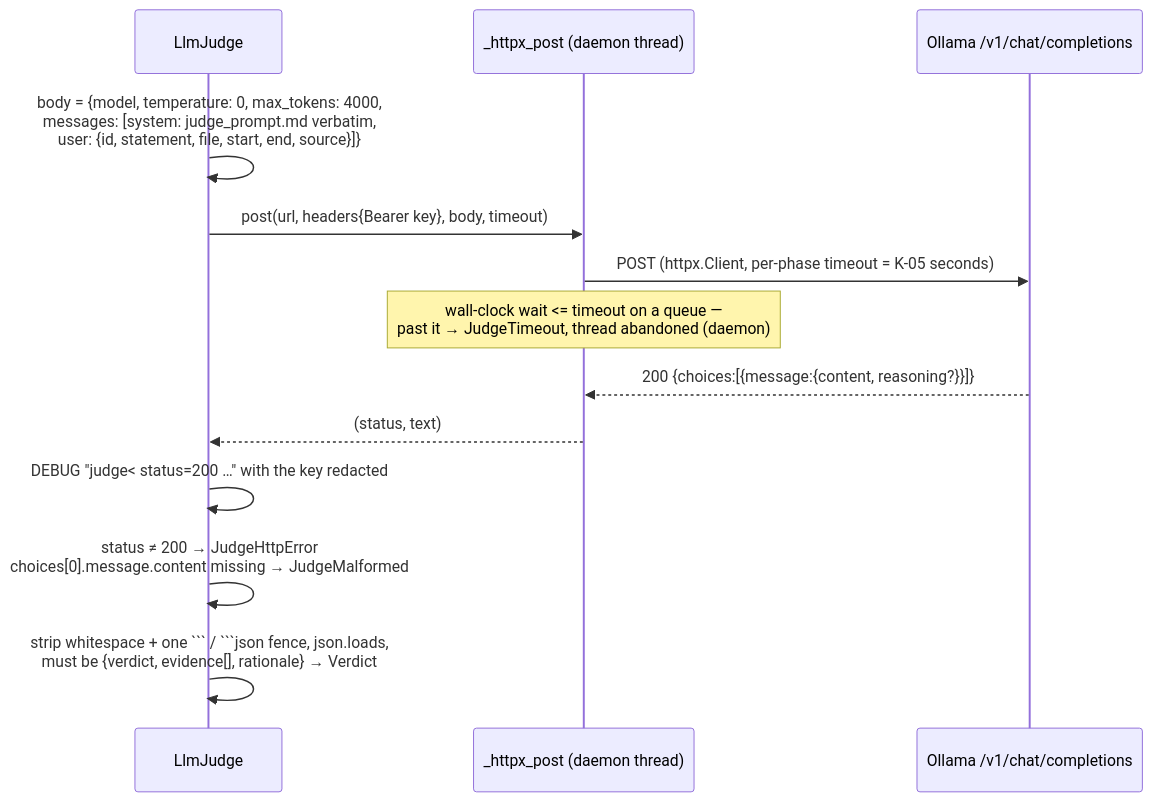
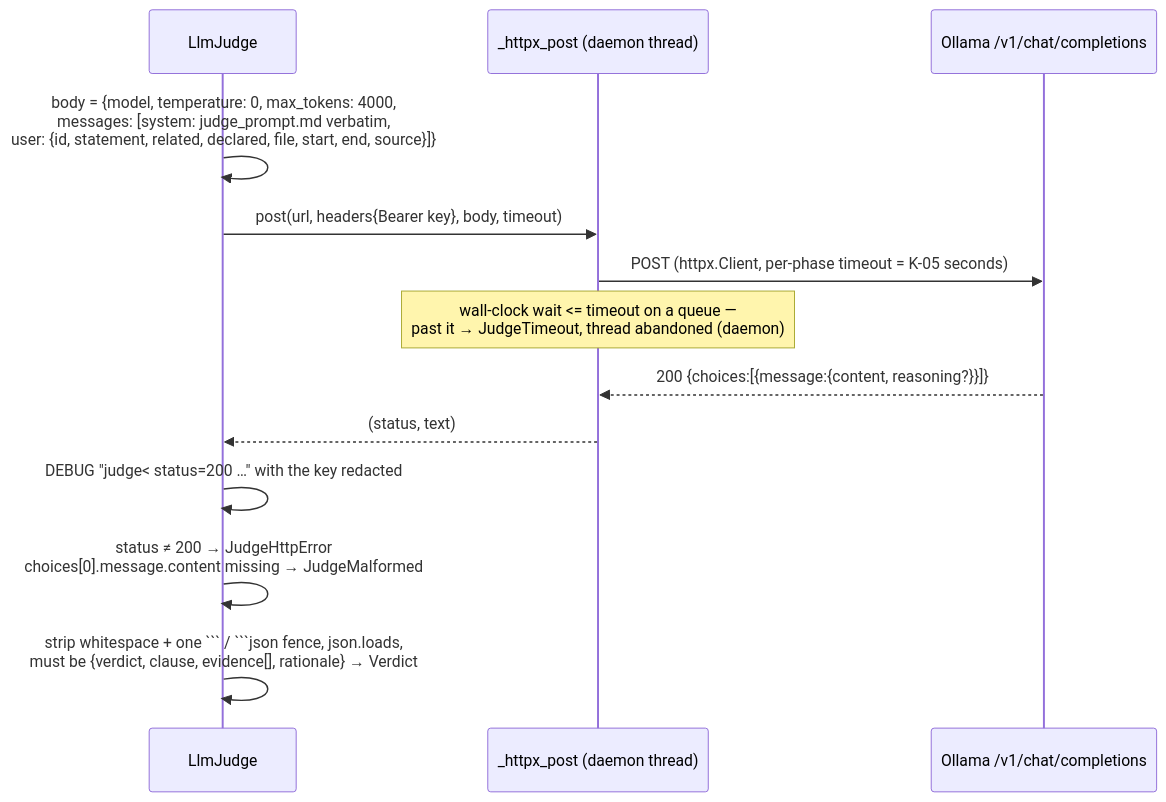
The tenth of 12 diagrams in ARCHITECTURE.md (rioffe/speccheck), drawn with Mermaid before and after one commit. The commit also changed other lines of this file and 3 other files, not shown here.

First line of the commit message:
docs(architecture): rewrite ARCHITECTURE.md to the v1.18 build, and fix two defects the render showed (F-5)

````diff
--- a/ARCHITECTURE.md
+++ b/ARCHITECTURE.md
@@ -483,15 +647,15 @@
 ```mermaid
 sequenceDiagram
     participant J as LlmJudge
     participant T as _httpx_post (daemon thread)
     participant O as Ollama /v1/chat/completions
-    J->>J: body = {model, temperature: 0, max_tokens: 4000,<br/>messages: [system: judge_prompt.md verbatim,<br/>user: {id, statement, file, start, end, source}]}
+    J->>J: body = {model, temperature: 0, max_tokens: 4000,<br/>messages: [system: judge_prompt.md verbatim,<br/>user: {id, statement, related, declared, file, start, end, source}]}
     J->>T: post(url, headers{Bearer key}, body, timeout)
     T->>O: POST (httpx.Client, per-phase timeout = K-05 seconds)
     Note over T: wall-clock wait <= timeout on a queue —<br/>past it → JudgeTimeout, thread abandoned (daemon)
     O-->>T: 200 {choices:[{message:{content, reasoning?}}]}
     T-->>J: (status, text)
     J->>J: DEBUG "judge< status=200 …" with the key redacted
     J->>J: status ≠ 200 → JudgeHttpError<br/>choices[0].message.content missing → JudgeMalformed
-    J->>J: strip whitespace + one ``` / ```json fence, json.loads,<br/>must be {verdict, evidence[], rationale} → Verdict
+    J->>J: strip whitespace + one ``` / ```json fence, json.loads,<br/>must be {verdict, clause, evidence[], rationale} → Verdict
 ```
````
